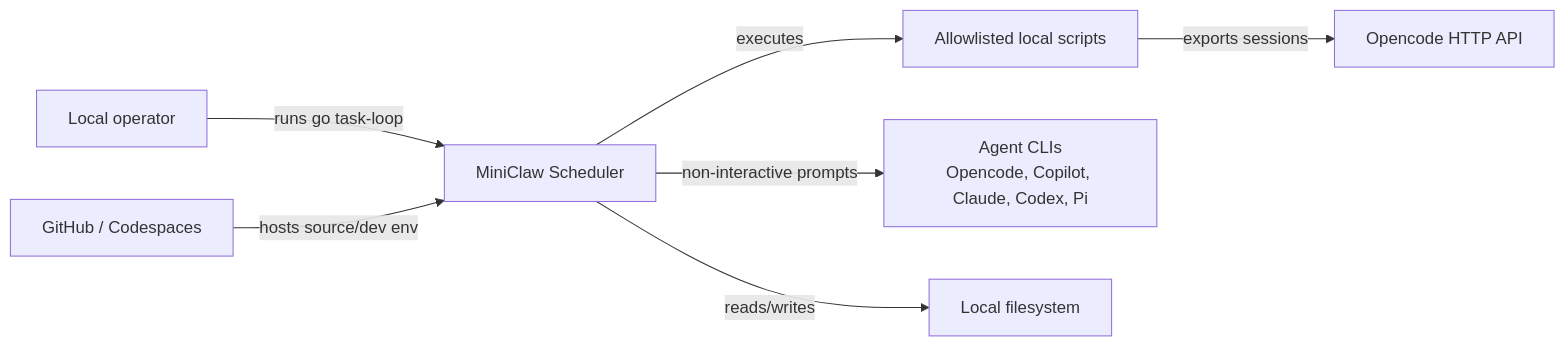
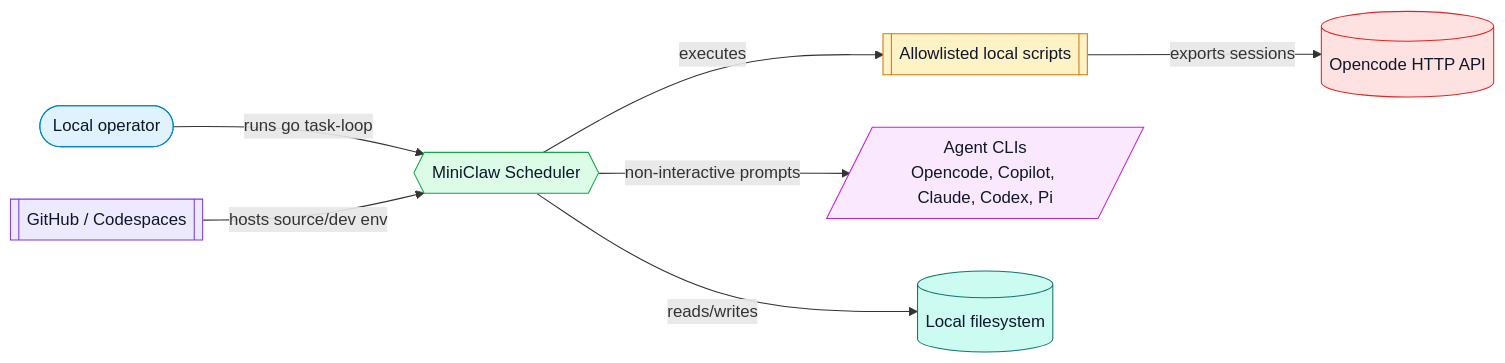
One commit to vii33/CodebaseExlorer changed the second of 4 diagrams in examples/agentscheduler.md. Above: the diagram before and after it, drawn with Mermaid. The commit also changed other lines of this file and 10 other files, not shown here.

````diff
--- a/examples/agentscheduler.md
+++ b/examples/agentscheduler.md
@@ -33,17 +45,33 @@
 ```mermaid
 flowchart LR
-  user[Local operator]
-  github[GitHub / Codespaces]
-  miniclaw[MiniClaw Scheduler]
-  shell[Allowlisted local scripts]
-  agents[Agent CLIs<br/>Opencode, Copilot, Claude, Codex, Pi]
-  opencode[Opencode HTTP API]
-  fs[Local filesystem]
+  user([Local operator])
+  github[[GitHub / Codespaces]]
+  miniclaw{{MiniClaw Scheduler}}
+  shell[[Allowlisted local scripts]]
+  agents[/Agent CLIs<br/>Opencode, Copilot, Claude, Codex, Pi/]
+  opencode[(Opencode HTTP API)]
+  fs[(Local filesystem)]
 
   user -->|runs go task-loop| miniclaw
   github -->|hosts source/dev env| miniclaw
   miniclaw -->|executes| shell
   miniclaw -->|non-interactive prompts| agents
   shell -->|exports sessions| opencode
   miniclaw -->|reads/writes| fs
+
+  classDef actor fill:#e0f2fe,stroke:#0284c7,color:#0f172a
+  classDef host fill:#ede9fe,stroke:#7c3aed,color:#0f172a
+  classDef core fill:#dcfce7,stroke:#16a34a,color:#0f172a
+  classDef localTool fill:#fef3c7,stroke:#d97706,color:#0f172a
+  classDef agent fill:#fae8ff,stroke:#c026d3,color:#0f172a
+  classDef external fill:#fee2e2,stroke:#dc2626,color:#0f172a
+  classDef storage fill:#ccfbf1,stroke:#0f766e,color:#0f172a
+
+  class user actor
+  class github host
+  class miniclaw core
+  class shell localTool
+  class agents agent
+  class opencode external
+  class fs storage
 ```
````
